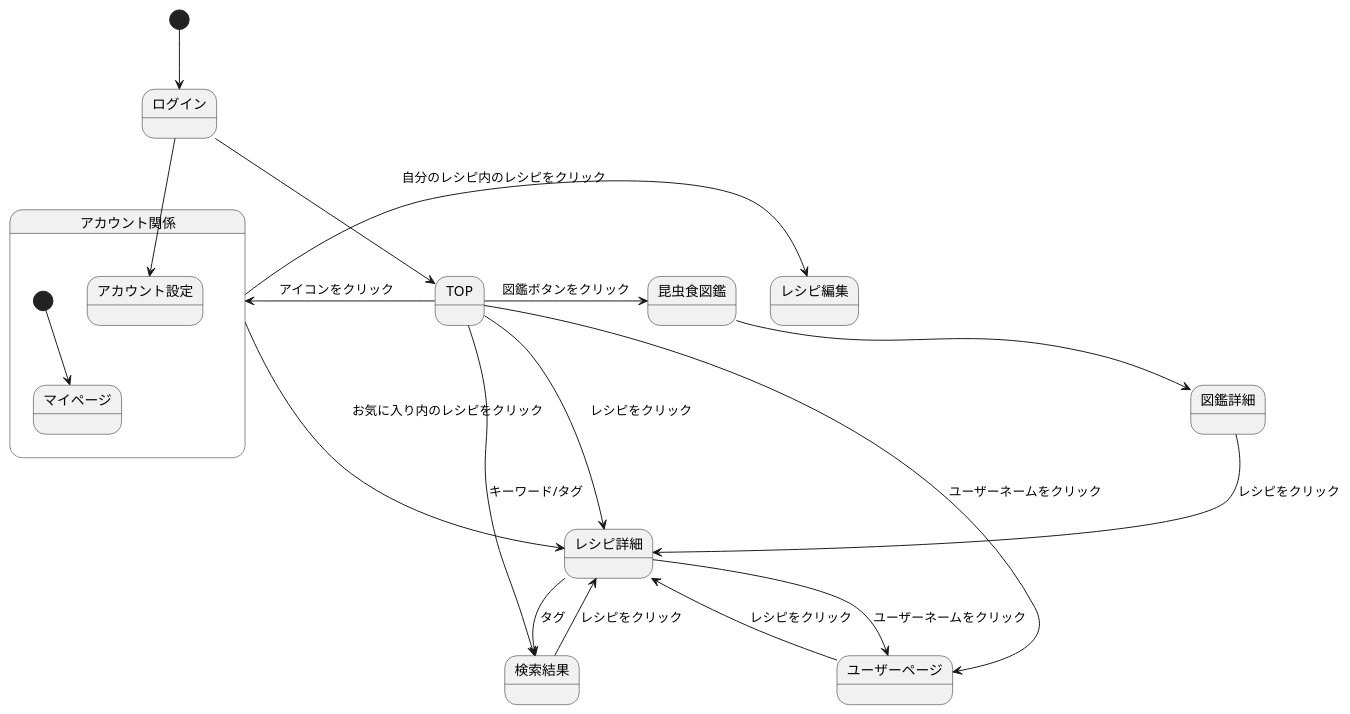
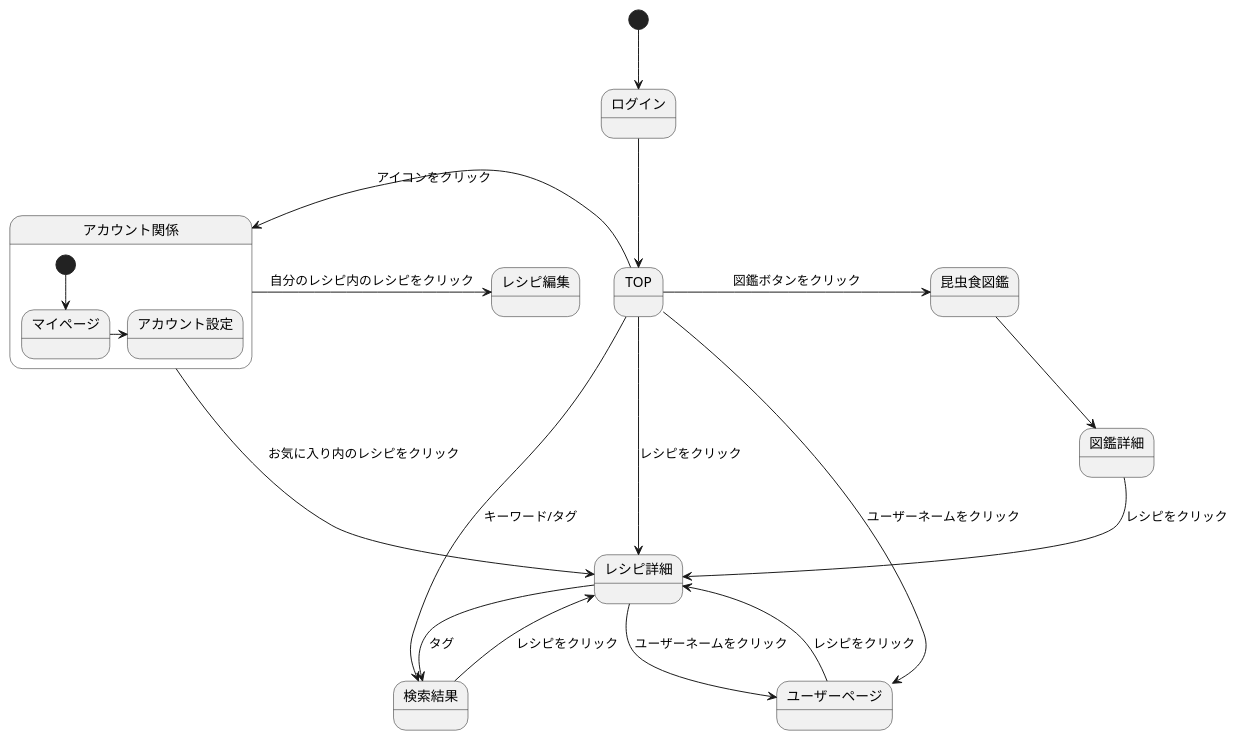
The diagram in ScreenTransitionDiagramlogin.md (ASO2001040/bugbug-design), drawn with PlantUML before and after one commit.

````diff
--- a/ScreenTransitionDiagramlogin.md
+++ b/ScreenTransitionDiagramlogin.md
@@ -1,25 +1,25 @@
 ```uml
 @startuml
 [*]-->ログイン
 
 ログイン-->TOP
 TOP-left->アカウント関係: アイコンをクリック
 TOP->昆虫食図鑑: 図鑑ボタンをクリック
 TOP->ユーザーページ: ユーザーネームをクリック
 TOP->レシピ詳細: レシピをクリック
 TOP->検索結果: キーワード/タグ
 アカウント関係->レシピ詳細: お気に入り内のレシピをクリック
 アカウント関係->レシピ編集: 自分のレシピ内のレシピをクリック
 ユーザーページ-->レシピ詳細: レシピをクリック
 レシピ詳細-->ユーザーページ: ユーザーネームをクリック
 レシピ詳細-->検索結果: タグ
 検索結果-->レシピ詳細: レシピをクリック
 昆虫食図鑑-->図鑑詳細
 図鑑詳細-->レシピ詳細: レシピをクリック
 
 state アカウント関係 {
  [*] --> マイページ
- ログイン-> アカウント設定
+マイページ-> アカウント設定
  }
 @enduml
 ```
````
